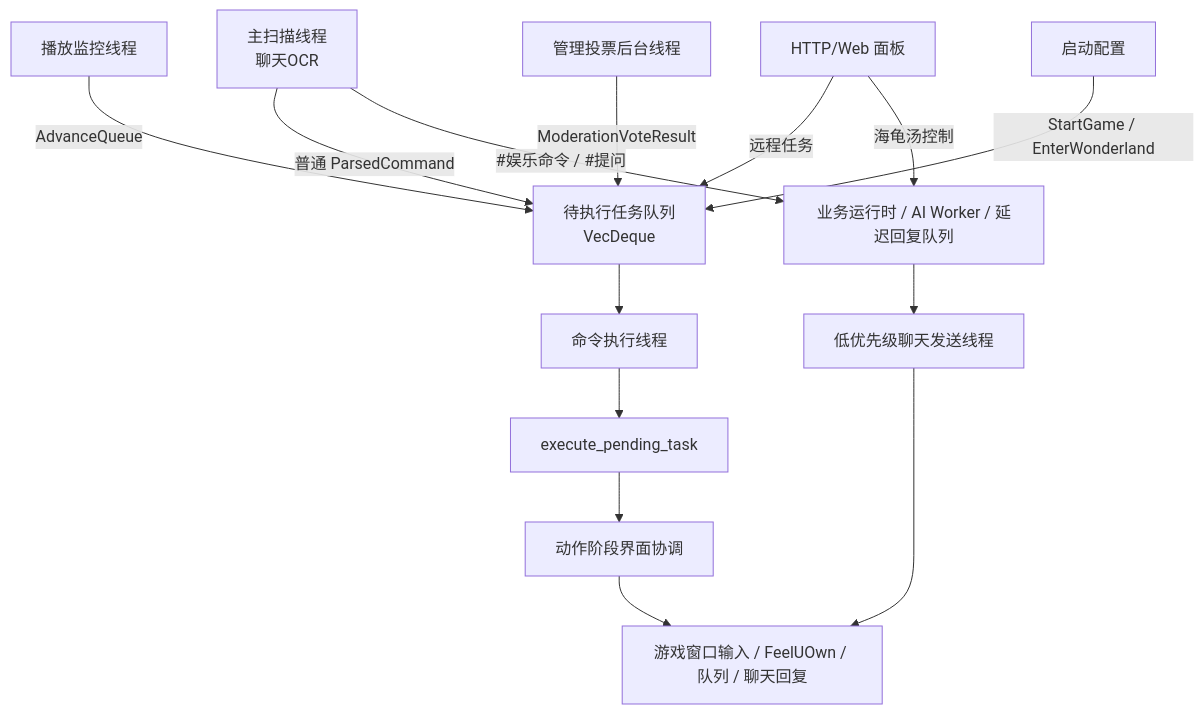
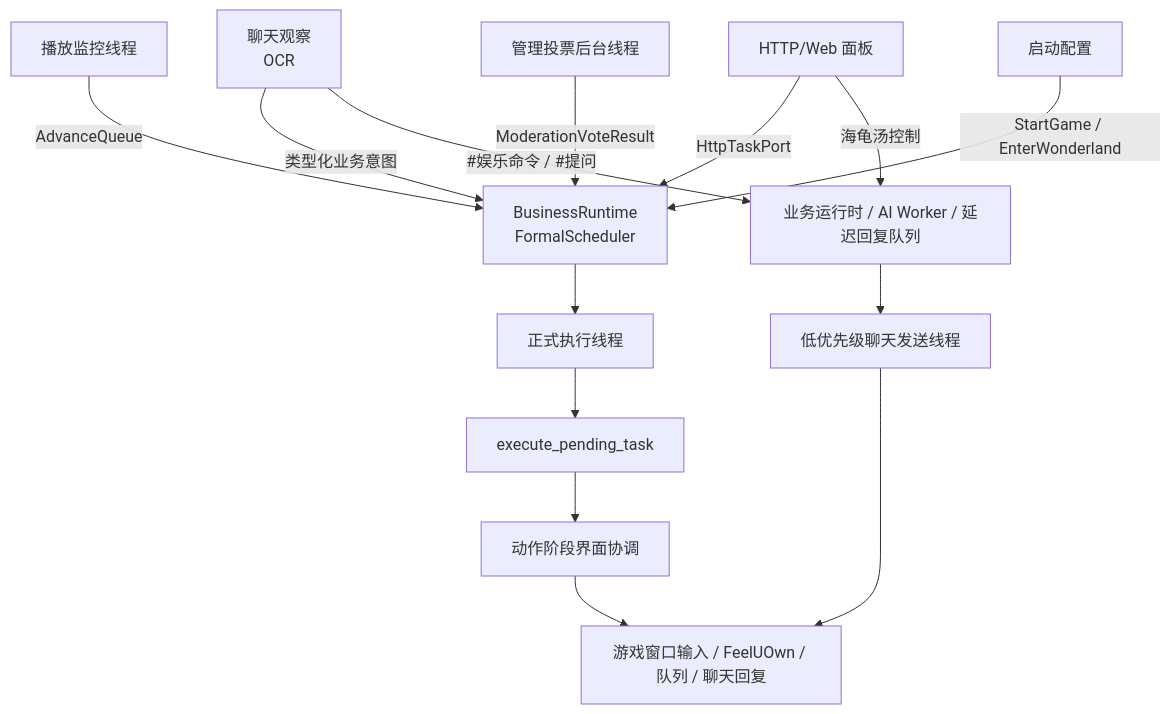
The first of 4 diagrams in docs/executor-flow.md (XingNian-www/Miliastra-Wonderland-Music), drawn with Mermaid before and after one commit. The commit also changed other lines of this file and 168 other files, not shown here.

Commit message:
refactor: complete application architecture migration

````diff
--- a/docs/executor-flow.md
+++ b/docs/executor-flow.md
@@ -11,16 +11,16 @@
 ```mermaid
 flowchart TD
-    A["主扫描线程<br/>聊天OCR"] -->|普通 ParsedCommand| P["待执行任务队列<br/>VecDeque<PendingTask>"]
+    A["聊天观察<br/>OCR"] -->|类型化业务意图| P["BusinessRuntime<br/>FormalScheduler"]
     A -->|#娱乐命令 / #提问| J["业务运行时 / AI Worker / 延迟回复队列"]
-    B["HTTP/Web 面板"] -->|远程任务| P
+    B["HTTP/Web 面板"] -->|HttpTaskPort| P
     B -->|海龟汤控制| J
     C["播放监控线程"] -->|AdvanceQueue| P
     D["管理投票后台线程"] -->|ModerationVoteResult| P
     E["启动配置"] -->|StartGame / EnterWonderland| P
-    P --> F["命令执行线程"]
+    P --> F["正式执行线程"]
     F --> G["execute_pending_task"]
     G --> H["动作阶段界面协调"]
     H --> I["游戏窗口输入 / FeelUOwn / 队列 / 聊天回复"]
     J --> S["低优先级聊天发送线程"]
     S --> I
 ```
````
